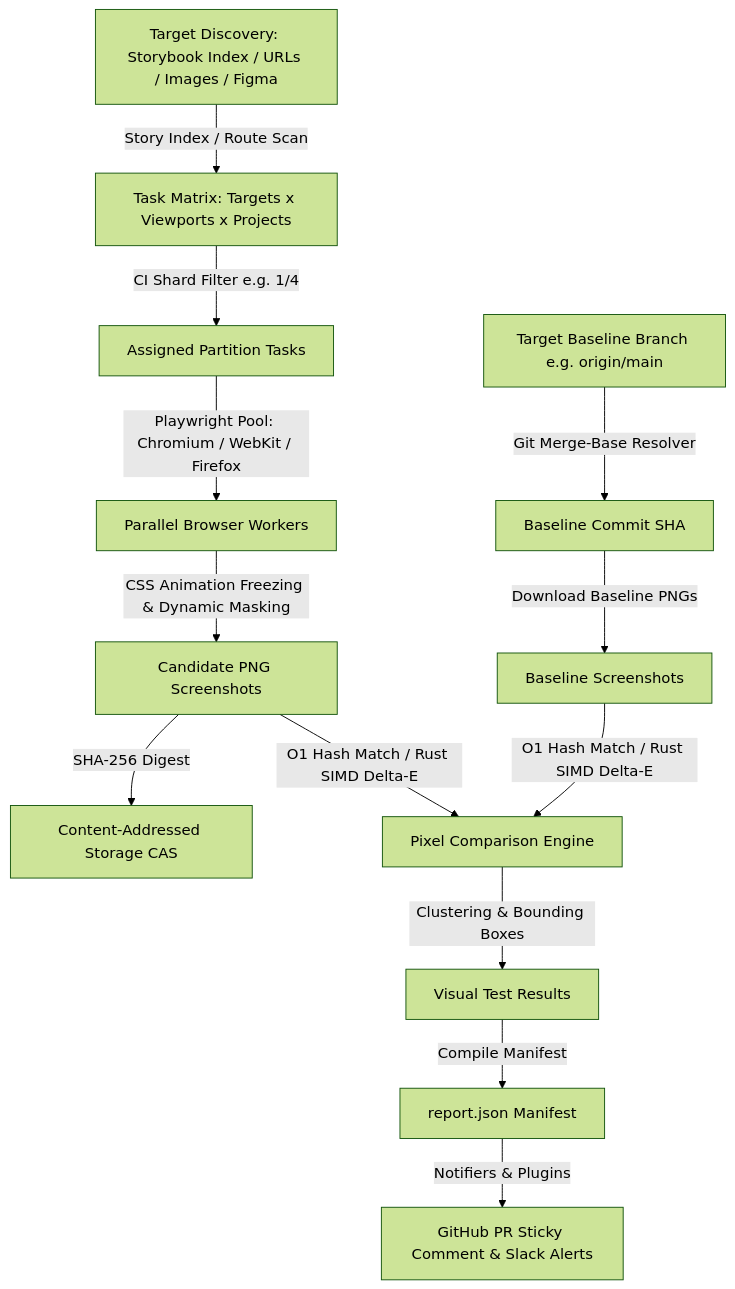
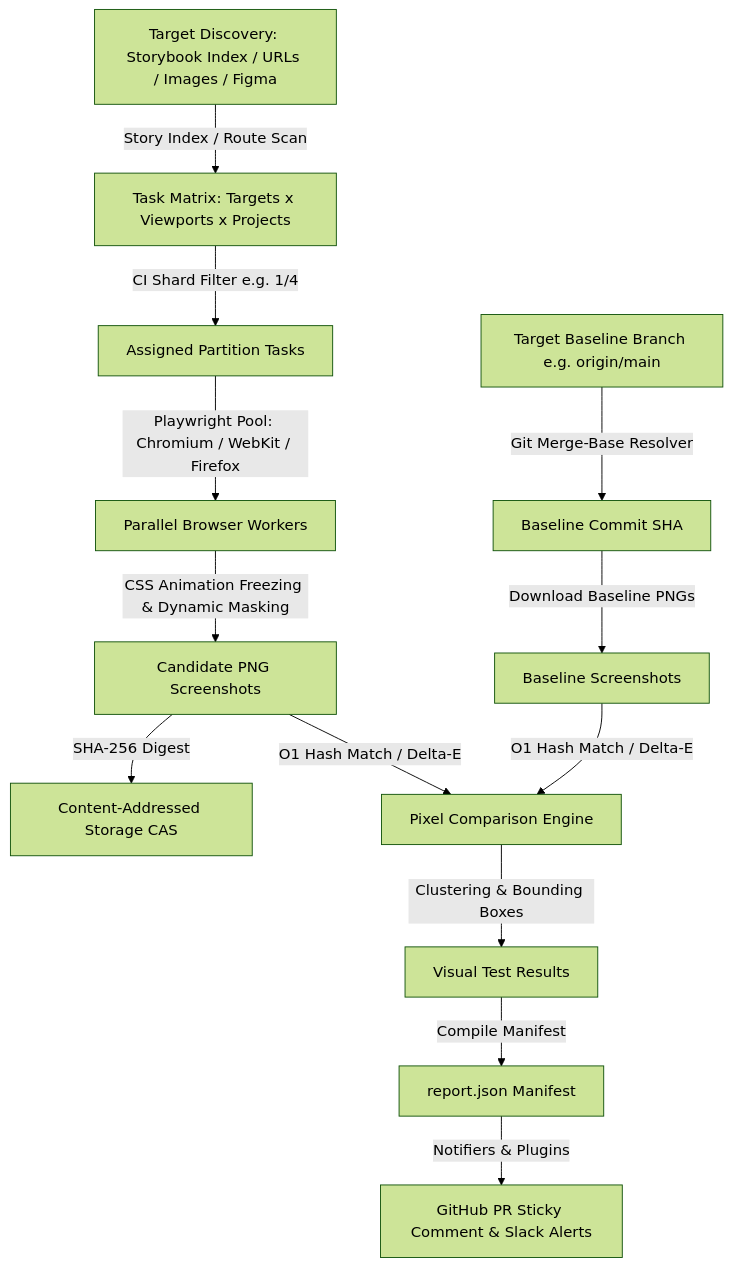
Before and after one commit to Diffra/core: the diagram in docs/architecture/execution-pipeline.md, drawn with Mermaid (forest theme). The commit also changed other lines of this file and 17 other files, not shown here.

````diff
--- a/docs/architecture/execution-pipeline.md
+++ b/docs/architecture/execution-pipeline.md
@@ -9,14 +9,14 @@
 ```mermaid
 flowchart TD
     A[Target Discovery: Storybook Index / URLs / Images / Figma] -->|Story Index / Route Scan| B[Task Matrix: Targets x Viewports x Projects]
     B -->|CI Shard Filter e.g. 1/4| C[Assigned Partition Tasks]
     C -->|Playwright Pool: Chromium / WebKit / Firefox| D[Parallel Browser Workers]
     D -->|CSS Animation Freezing & Dynamic Masking| E[Candidate PNG Screenshots]
     E -->|SHA-256 Digest| F[Content-Addressed Storage CAS]
     G[Target Baseline Branch e.g. origin/main] -->|Git Merge-Base Resolver| H[Baseline Commit SHA]
     H -->|Download Baseline PNGs| I[Baseline Screenshots]
-    E & I -->|O1 Hash Match / Rust SIMD Delta-E| J[Pixel Comparison Engine]
+    E & I -->|O1 Hash Match / Delta-E| J[Pixel Comparison Engine]
     J -->|Clustering & Bounding Boxes| K[Visual Test Results]
     K -->|Compile Manifest| L[report.json Manifest]
     L -->|Notifiers & Plugins| M[GitHub PR Sticky Comment & Slack Alerts]
 ```
````
